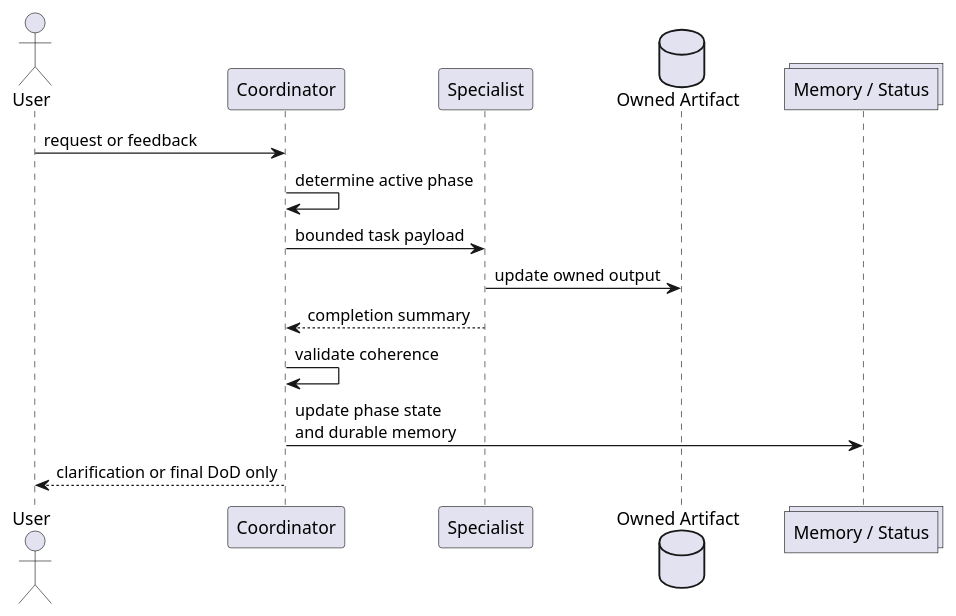
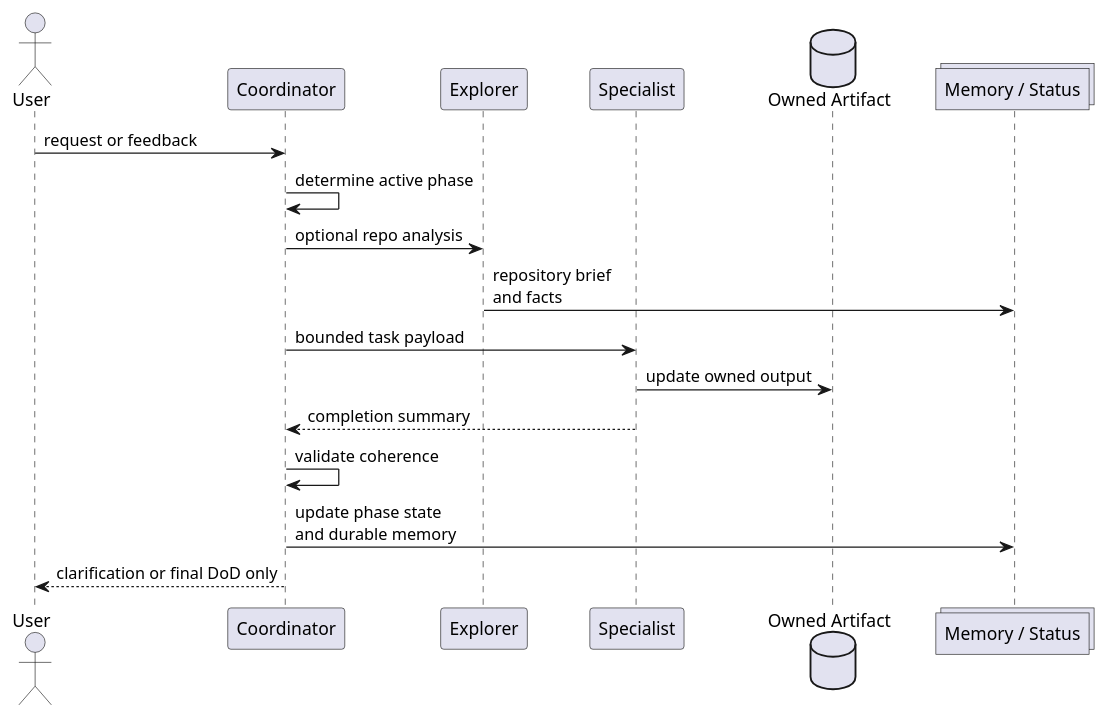
The third of 6 diagrams in framework/documentation/development-team-system.adoc (adriebaselmans/ai-dev-team-core), drawn with PlantUML before and after one commit. The commit also changed other lines of this file and 33 other files, not shown here.

```diff
--- a/framework/documentation/development-team-system.adoc
+++ b/framework/documentation/development-team-system.adoc
@@ -210,24 +226,27 @@
 [plantuml,coordinator-specialist-sequence,svg]
 ----
 @startuml
 skinparam backgroundColor transparent
 skinparam shadowing false
 skinparam sequenceArrowThickness 1
 skinparam ParticipantPadding 20
 
 actor User
 participant Coordinator
+participant Explorer
 participant "Specialist" as Specialist
 database "Owned Artifact" as Artifact
 collections "Memory / Status" as Memory
 
 User -> Coordinator : request or feedback
 Coordinator -> Coordinator : determine active phase
+Coordinator -> Explorer : optional repo analysis
+Explorer -> Memory : repository brief\nand facts
 Coordinator -> Specialist : bounded task payload
 Specialist -> Artifact : update owned output
 Specialist --> Coordinator : completion summary
 Coordinator -> Coordinator : validate coherence
 Coordinator -> Memory : update phase state\nand durable memory
 Coordinator --> User : clarification or final DoD only
 @enduml
 ----
```
